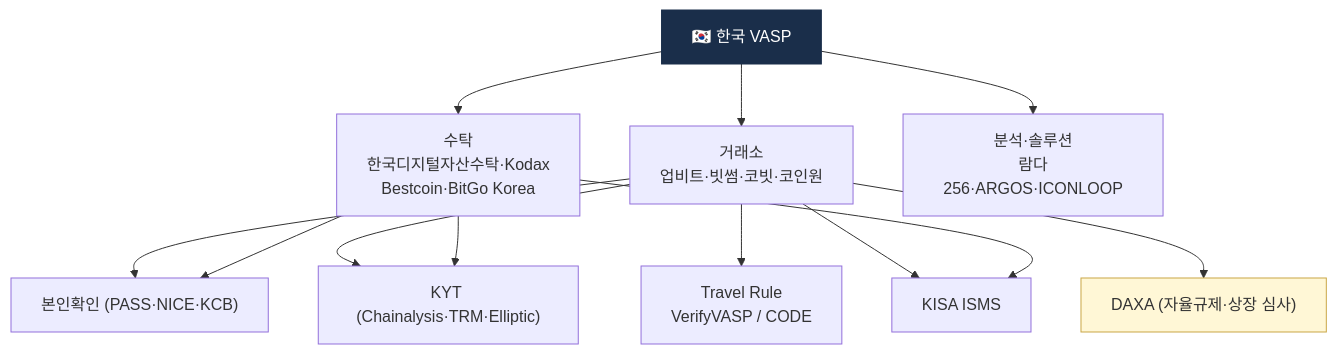
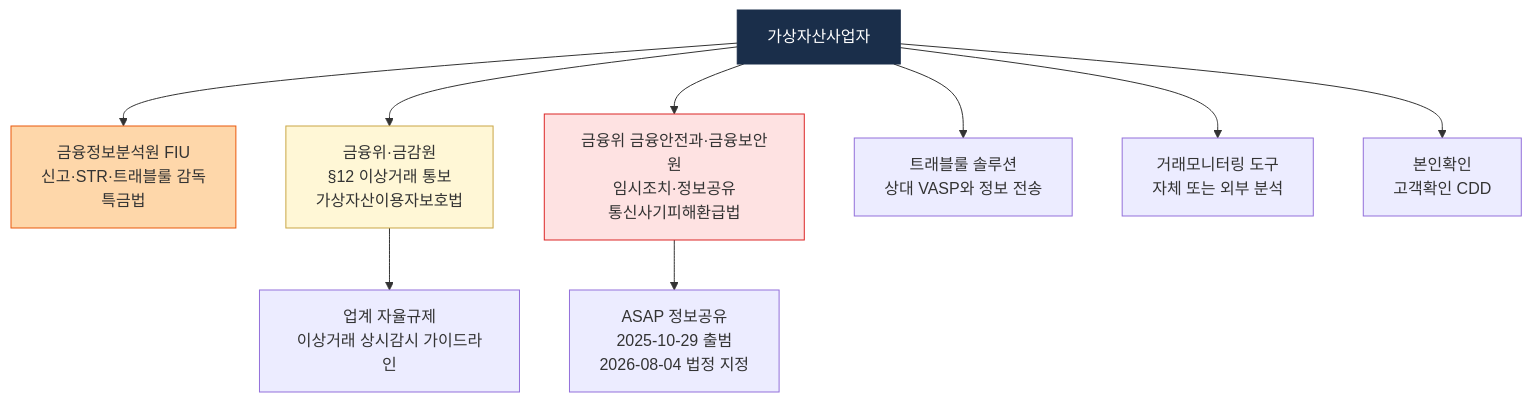
One commit to lala-david/aml-notes changed the first of 2 diagrams in notes/7-vendors/korea-solutions.md. Above: the diagram before and after it, drawn with Mermaid. The commit also changed other lines of this file and 379 other files, not shown here.

First line of the commit message:
notes,kb,en,deep,charts: 2026-10-21 기준 정정 46건 반영 — 출처 없는 수치를 걷어내고 다이어그램을 다시 그림

````diff
--- a/notes/7-vendors/korea-solutions.md
+++ b/notes/7-vendors/korea-solutions.md
@@ -17,13 +15,15 @@
 ```mermaid
 flowchart TB
-    KR["🇰🇷 한국 VASP"] --> EX["거래소<br/>업비트·빗썸·코빗·코인원"]
-    KR --> CUS["수탁<br/>한국디지털자산수탁·Kodax<br/>Bestcoin·BitGo Korea"]
-    KR --> AN["분석·솔루션<br/>람다256·ARGOS·ICONLOOP"]
-    EX & CUS --> KYC["본인확인 (PASS·NICE·KCB)"]
-    EX & CUS --> KYT["KYT (Chainalysis·TRM·Elliptic)"]
-    EX --> TR["Travel Rule<br/>VerifyVASP / CODE"]
-    EX & CUS --> ISMS["KISA ISMS"]
-    EX --> DAXA["DAXA (자율규제·상장 심사)"]
-    style KR fill:#1a2e4a,color:#fff,stroke:#1a2e4a
-    style DAXA fill:#fff7d6,stroke:#c9a646
+    VASP["가상자산사업자"] --> FIU["금융정보분석원 FIU<br/>신고·STR·트래블룰 감독<br/>특금법"]
+    VASP --> FSS["금융위·금감원<br/>§12 이상거래 통보<br/>가상자산이용자보호법"]
+    VASP --> FSEC["금융위 금융안전과·금융보안원<br/>임시조치·정보공유<br/>통신사기피해환급법"]
+    VASP --> TR["트래블룰 솔루션<br/>상대 VASP와 정보 전송"]
+    VASP --> TM["거래모니터링 도구<br/>자체 또는 외부 분석"]
+    VASP --> ID["본인확인<br/>고객확인 CDD"]
+    FSEC --> ASAP["ASAP 정보공유<br/>2025-10-29 출범<br/>2026-08-04 법정 지정"]
+    FSS --> SELF["업계 자율규제<br/>이상거래 상시감시 가이드라인"]
+    style VASP fill:#1a2e4a,color:#fff,stroke:#1a2e4a
+    style FIU fill:#fed7aa,stroke:#ea580c
+    style FSS fill:#fff7d6,stroke:#c9a646
+    style FSEC fill:#fee2e2,stroke:#dc2626
 ```
````
